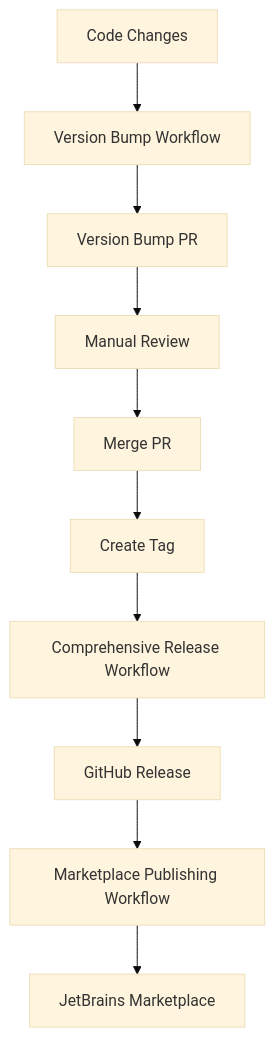
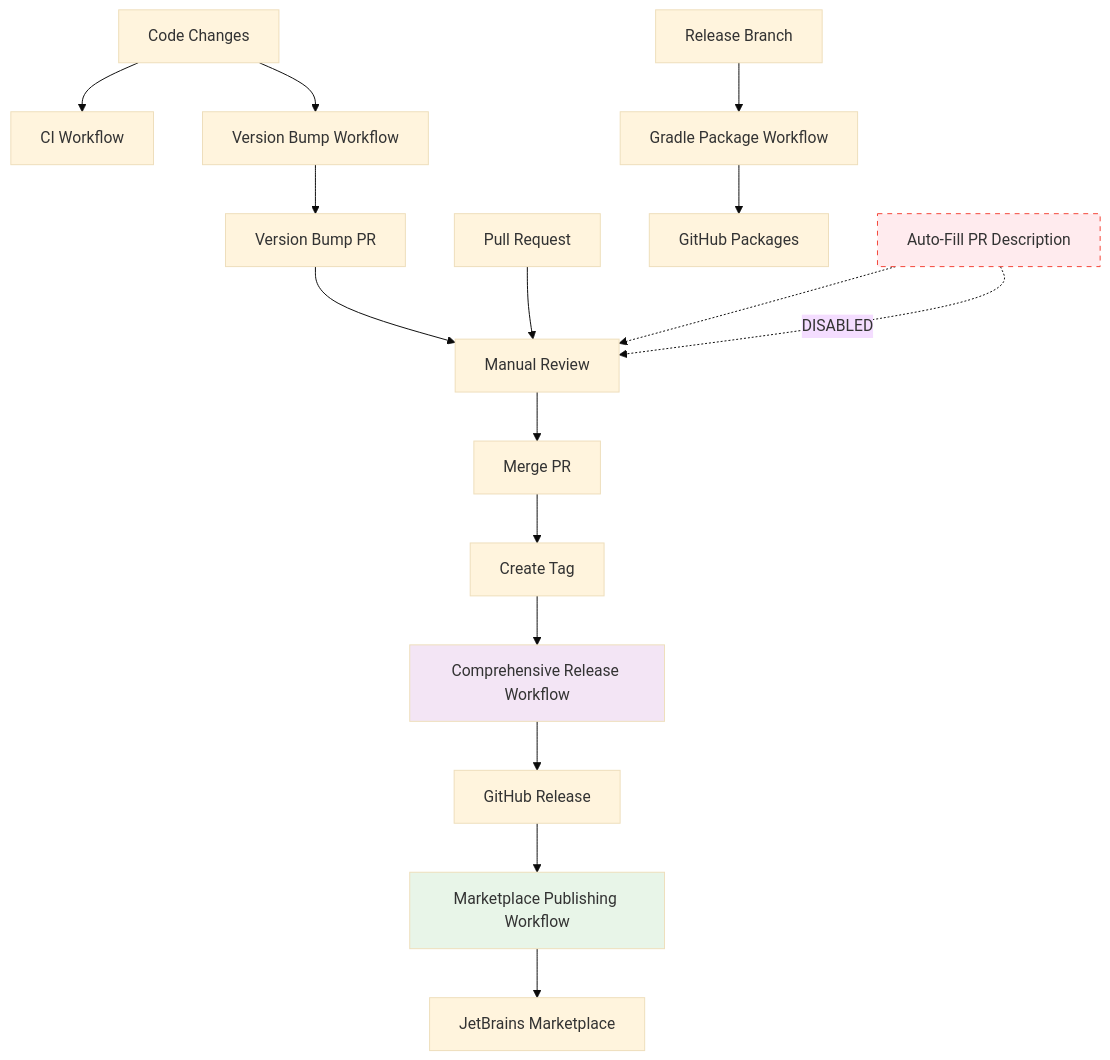
The first of 2 diagrams in RELEASE_WORKFLOWS.md (marcusb333/cursor-intellij-plugin), drawn with Mermaid (base theme) before and after one commit. The commit also changed other lines of this file and 8 other files, not shown here.

Commit message:
docs: update workflow documentation with comprehensive coverage (#27)

````diff
--- a/RELEASE_WORKFLOWS.md
+++ b/RELEASE_WORKFLOWS.md
@@ -149,12 +223,24 @@
 ```mermaid
 graph TD
-    A[Code Changes] --> B[Version Bump Workflow]
-    B --> C[Version Bump PR]
-    C --> D[Manual Review]
-    D --> E[Merge PR]
-    E --> F[Create Tag]
-    F --> G[Comprehensive Release Workflow]
-    G --> H[GitHub Release]
-    H --> I[Marketplace Publishing Workflow]
-    I --> J[JetBrains Marketplace]
+    A[Code Changes] --> B[CI Workflow]
+    A --> C[Version Bump Workflow]
+    C --> D[Version Bump PR]
+    D --> F[Manual Review]
+    F --> G[Merge PR]
+    G --> H[Create Tag]
+    H --> I[Comprehensive Release Workflow]
+    I --> J[GitHub Release]
+    J --> K[Marketplace Publishing Workflow]
+    K --> L[JetBrains Marketplace]
+    
+    M[Pull Request] --> F
+    N[Release Branch] --> O[Gradle Package Workflow]
+    O --> P[GitHub Packages]
+    
+    E[Auto-Fill PR Description] -.-> F
+    E -.-> |DISABLED| F
+    
+    style E fill:#ffebee,stroke:#f44336,stroke-dasharray: 5 5
+    style I fill:#f3e5f5
+    style K fill:#e8f5e8
 ```
````
